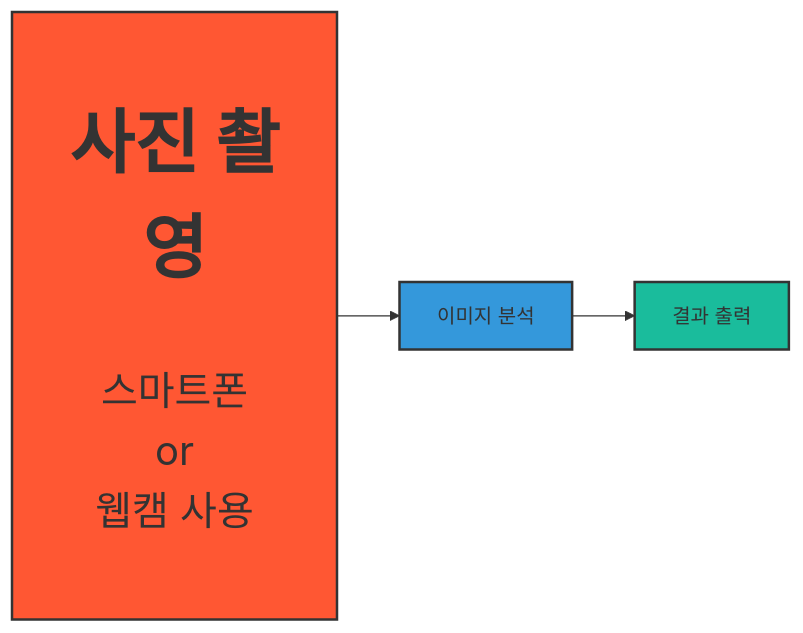
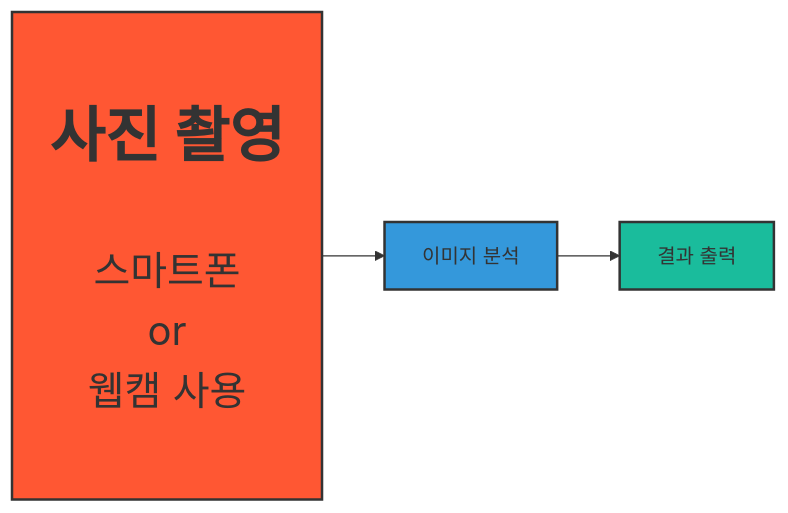
One commit to 201710808/-p changed the diagram in Readme.md. Above: the diagram before and after it, drawn with Mermaid.

````diff
--- a/Readme.md
+++ b/Readme.md
@@ -3,10 +3,10 @@
 ```mermaid
 graph LR
-A[<br><br><b><span style='font-size:56px'>사진 촬영</span></b>\n\n\n<span style='font-size:32px'>스마트폰\nor\n웹캠 사용<br><br>] --> B[이미지 분석]
+A[<br><br><b><span style='font-size:48px'>사진 촬영</span></b>\n\n\n<span style='font-size:32px'>스마트폰\nor\n웹캠 사용<br><br>] --> B[이미지 분석]
 B --> C[결과 출력]
 
 style A fill:#FF5733,stroke:#333,stroke-width:2px
 style B fill:#3498db,stroke:#333,stroke-width:2px
 style C fill:#1abc9c,stroke:#333,stroke-width:2px
 
 ```
````
